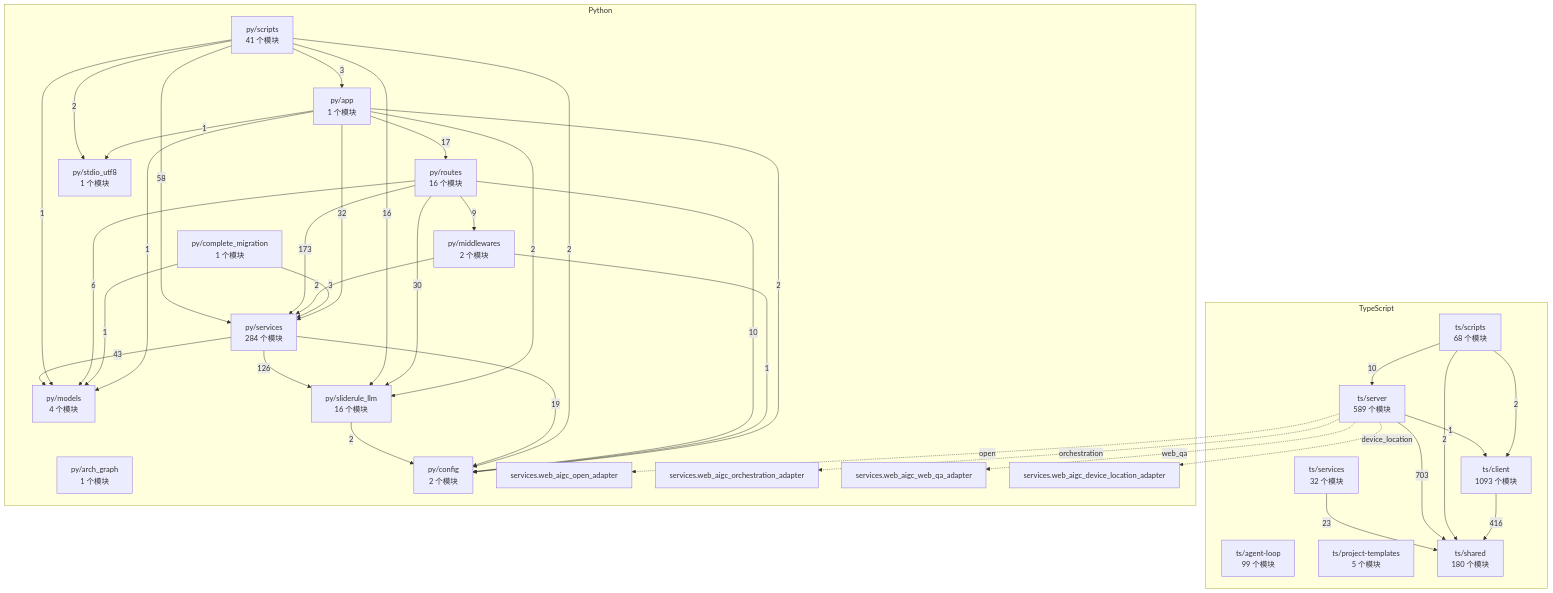
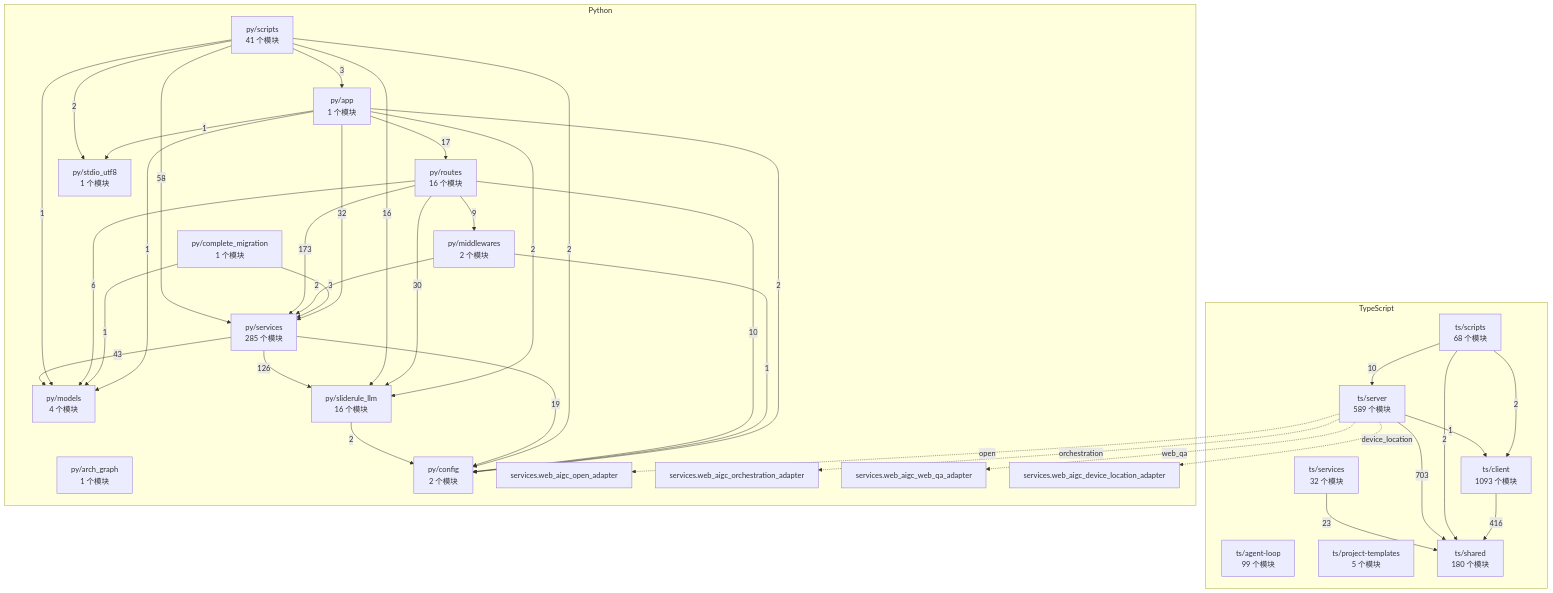
Before and after one commit to 2686521696/WhyBuddy: the diagram in docs/WhyBuddy 全仓架构图（自动生成）.md, drawn with Mermaid. The commit also changed 7 other files, not shown here.

````diff
--- a/docs/WhyBuddy 全仓架构图（自动生成）.md
+++ b/docs/WhyBuddy 全仓架构图（自动生成）.md
@@ -14,65 +14,65 @@
 ```mermaid
 flowchart TB
   subgraph ts [TypeScript]
     ts_agent_loop["ts/agent-loop<br/>99 个模块"]
     ts_client["ts/client<br/>1093 个模块"]
     ts_project_templates["ts/project-templates<br/>5 个模块"]
     ts_scripts["ts/scripts<br/>68 个模块"]
     ts_server["ts/server<br/>589 个模块"]
     ts_services["ts/services<br/>32 个模块"]
     ts_shared["ts/shared<br/>180 个模块"]
   end
   subgraph py [Python]
     py_app["py/app<br/>1 个模块"]
     py_arch_graph["py/arch_graph<br/>1 个模块"]
     py_complete_migration["py/complete_migration<br/>1 个模块"]
     py_config["py/config<br/>2 个模块"]
     py_middlewares["py/middlewares<br/>2 个模块"]
     py_models["py/models<br/>4 个模块"]
     py_routes["py/routes<br/>16 个模块"]
     py_scripts["py/scripts<br/>41 个模块"]
-    py_services["py/services<br/>284 个模块"]
+    py_services["py/services<br/>285 个模块"]
     py_sliderule_llm["py/sliderule_llm<br/>16 个模块"]
     py_stdio_utf8["py/stdio_utf8<br/>1 个模块"]
     py_services_web_aigc_open_adapter["services.web_aigc_open_adapter"]
     py_services_web_aigc_orchestration_adapter["services.web_aigc_orchestration_adapter"]
     py_services_web_aigc_web_qa_adapter["services.web_aigc_web_qa_adapter"]
     py_services_web_aigc_device_location_adapter["services.web_aigc_device_location_adapter"]
   end
   ts_client -->|416| ts_shared
   ts_scripts -->|2| ts_client
   ts_scripts -->|10| ts_server
   ts_scripts -->|2| ts_shared
   ts_server -->|1| ts_client
   ts_server -->|703| ts_shared
   ts_services -->|23| ts_shared
   py_app -->|2| py_config
   py_app -->|1| py_models
   py_app -->|17| py_routes
   py_app -->|32| py_services
   py_app -->|2| py_sliderule_llm
   py_app -->|1| py_stdio_utf8
   py_complete_migration -->|1| py_models
   py_complete_migration -->|3| py_services
   py_middlewares -->|1| py_config
   py_middlewares -->|2| py_services
   py_routes -->|10| py_config
   py_routes -->|9| py_middlewares
   py_routes -->|6| py_models
   py_routes -->|173| py_services
   py_routes -->|30| py_sliderule_llm
   py_scripts -->|3| py_app
   py_scripts -->|2| py_config
   py_scripts -->|1| py_models
   py_scripts -->|58| py_services
   py_scripts -->|16| py_sliderule_llm
   py_scripts -->|2| py_stdio_utf8
   py_services -->|19| py_config
   py_services -->|43| py_models
   py_services -->|126| py_sliderule_llm
   py_sliderule_llm -->|2| py_config
   ts_server -.->|open| py_services_web_aigc_open_adapter
   ts_server -.->|orchestration| py_services_web_aigc_orchestration_adapter
   ts_server -.->|web_qa| py_services_web_aigc_web_qa_adapter
   ts_server -.->|device_location| py_services_web_aigc_device_location_adapter
 ```
````
